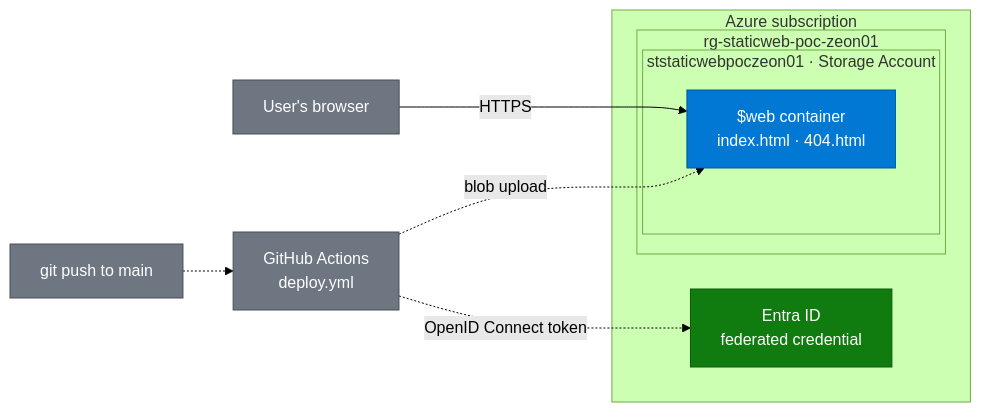
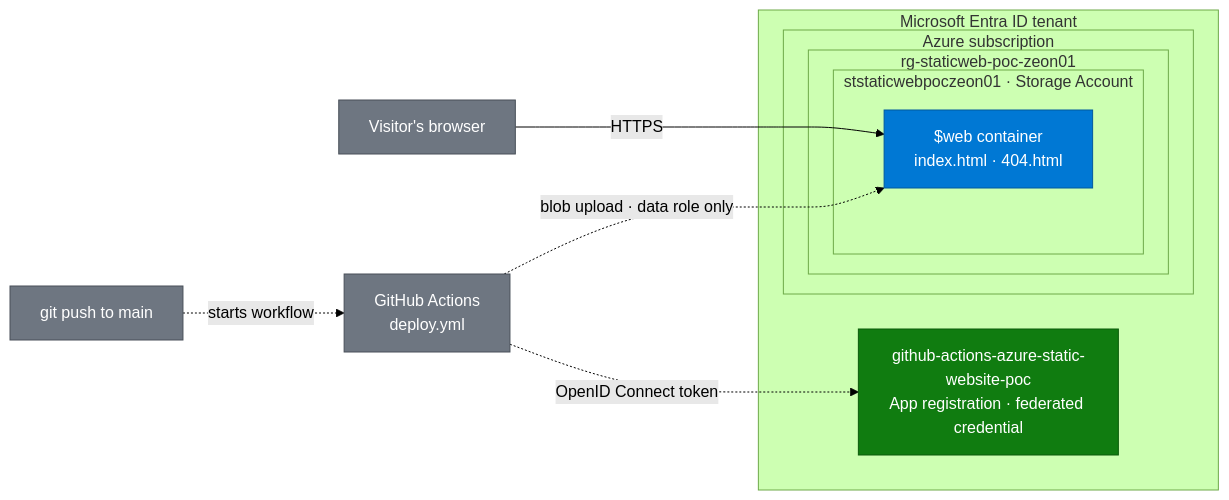
The diagram in README.md (zsociety47/azure-static-website-poc), drawn with Mermaid (forest theme) before and after one commit. The commit also changed other lines of this file, not shown here.

Commit message:
Correct architecture diagram and add a plain-English key

````diff
--- a/README.md
+++ b/README.md
@@ -37,28 +37,30 @@
 ```mermaid
 flowchart LR
-    user["User's browser"]
+    user["Visitor's browser"]
     dev["git push to main"]
     gha["GitHub Actions<br/>deploy.yml"]
 
-    subgraph sub["Azure subscription"]
-        entra["Entra ID<br/>federated credential"]
-        subgraph rg["rg-staticweb-poc-zeon01"]
-            subgraph st["ststaticwebpoczeon01 · Storage Account"]
-                web["$web container<br/>index.html · 404.html"]
+    subgraph tenant["Microsoft Entra ID tenant"]
+        entra["github-actions-azure-static-website-poc<br/>App registration · federated credential"]
+        subgraph sub["Azure subscription"]
+            subgraph rg["rg-staticweb-poc-zeon01"]
+                subgraph st["ststaticwebpoczeon01 · Storage Account"]
+                    web["$web container<br/>index.html · 404.html"]
+                end
             end
         end
     end
 
     user -- "HTTPS" --> web
-    dev -.-> gha
+    dev -. "starts workflow" .-> gha
     gha -. "OpenID Connect token" .-> entra
-    gha -. "blob upload" .-> web
+    gha -. "blob upload · data role only" .-> web
 
     classDef azure fill:#0078d4,stroke:#005a9e,color:#fff
     classDef external fill:#6e7681,stroke:#484f58,color:#fff
     classDef identity fill:#107c10,stroke:#0b5a0b,color:#fff
 
     class web azure
     class user,dev,gha external
     class entra identity
 ```
````
